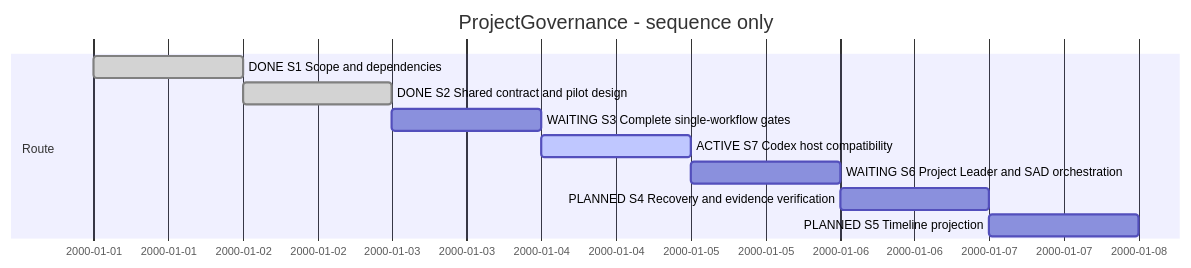
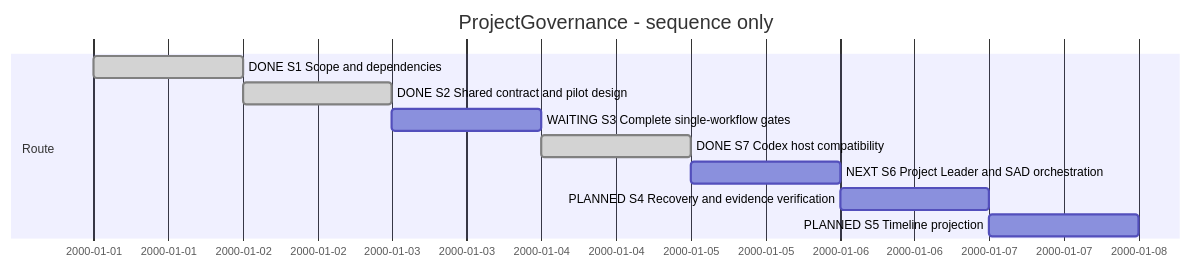
The diagram in SDP/Sessions/session-#0007--Project_governance.md (Hans-Einar/SDP), drawn with Mermaid before and after one commit. The commit also changed other lines of this file and 44 other files, not shown here.

Commit message:
PGC1-C: verify current Codex negotiation and retain bounded compatibility evidence

````diff
--- a/SDP/Sessions/session-#0007--Project_governance.md
+++ b/SDP/Sessions/session-#0007--Project_governance.md
@@ -11,13 +11,13 @@
 ```mermaid
 gantt
     title ProjectGovernance - sequence only
     dateFormat YYYY-MM-DD
     section Route
     DONE S1 Scope and dependencies :done,s1,2000-01-01,1d
     DONE S2 Shared contract and pilot design :done,s2,after s1,1d
     WAITING S3 Complete single-workflow gates :s3,after s2,1d
-    ACTIVE S7 Codex host compatibility :active,s7,after s3,1d
-    WAITING S6 Project Leader and SAD orchestration :s6,after s7,1d
+    DONE S7 Codex host compatibility :done,s7,after s3,1d
+    NEXT S6 Project Leader and SAD orchestration :s6,after s7,1d
     PLANNED S4 Recovery and evidence verification :s4,after s6,1d
     PLANNED S5 Timeline projection :s5,after s4,1d
 ```
````
